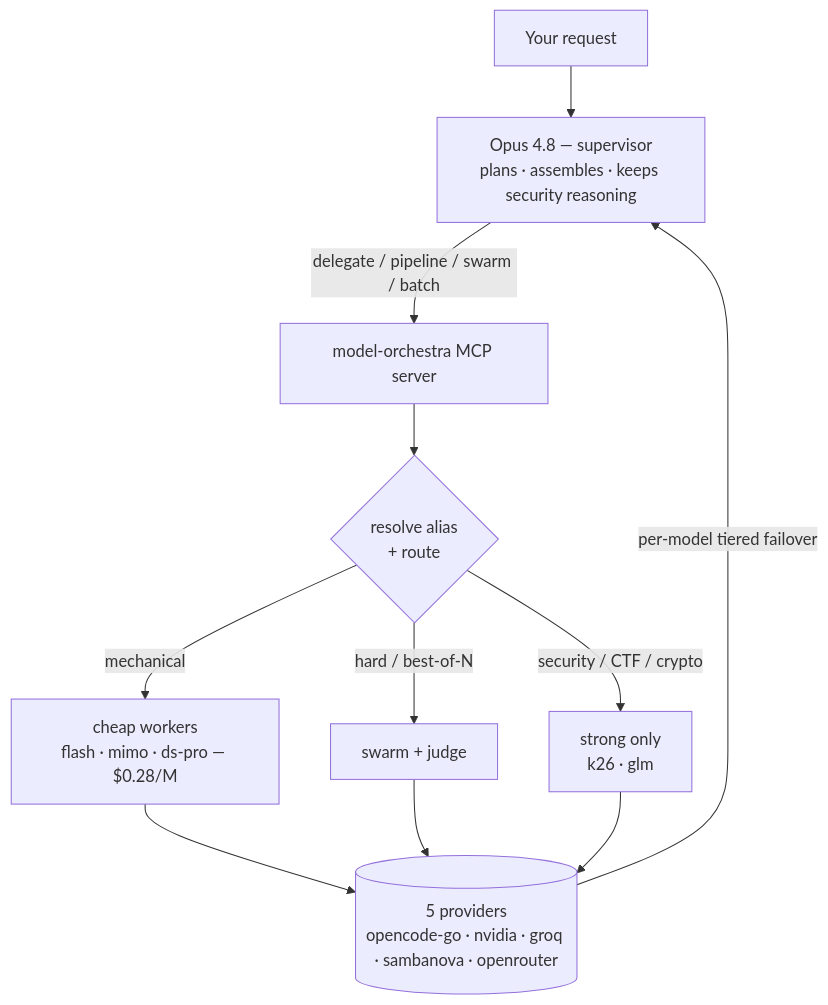
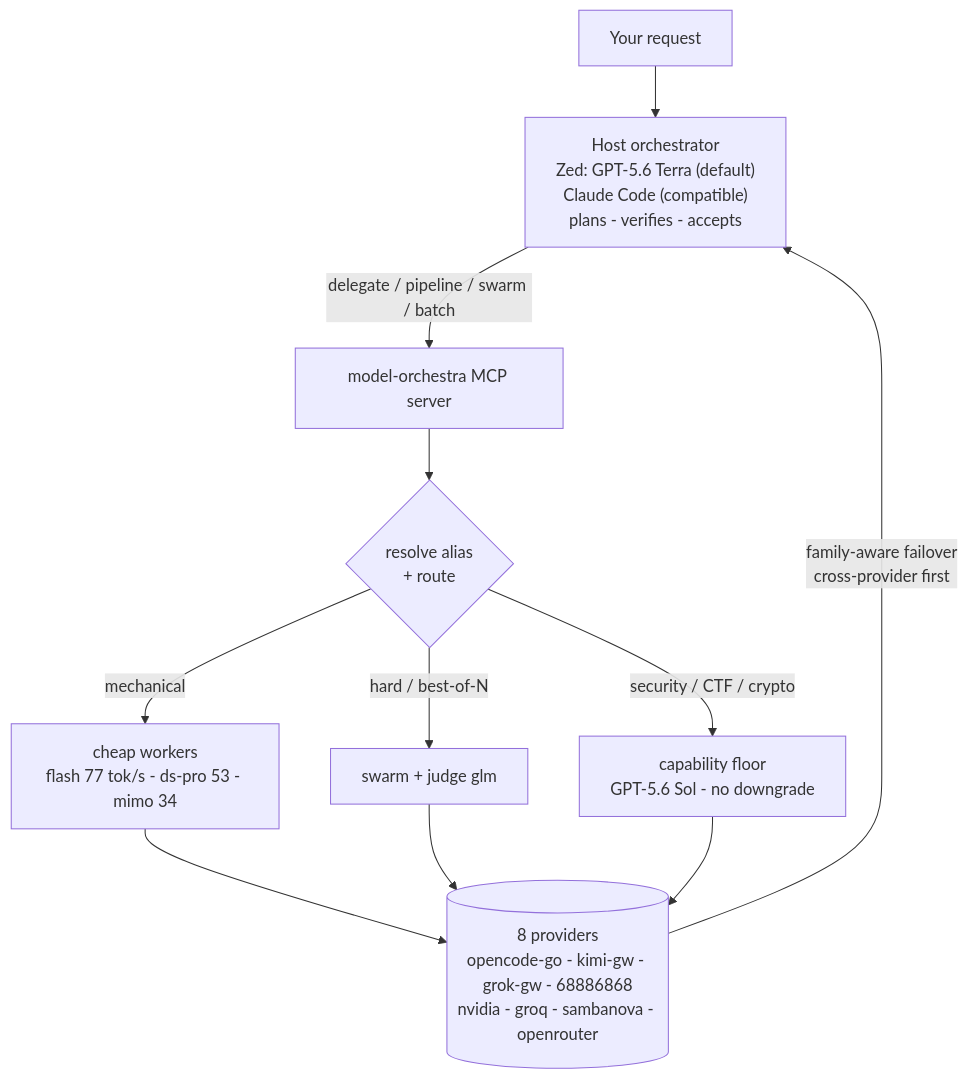
Before and after one commit to saktisadhana/model-orchestra: the first of 5 diagrams in README.md, drawn with Mermaid. The commit also changed other lines of this file and 26 other files, not shown here.

````diff
--- a/README.md
+++ b/README.md
@@ -10,13 +17,13 @@
 ```mermaid
 flowchart TD
-    U[Your request] --> O["Opus 4.8 — supervisor<br/>plans · assembles · keeps security reasoning"]
-    O -->|"delegate / pipeline / swarm / batch"| MCP[model-orchestra MCP server]
+    U[Your request] --> H["Host orchestrator<br/>Zed: GPT-5.6 Terra (default)<br/>Claude Code (compatible)<br/>plans - verifies - accepts"]
+    H -->|"delegate / pipeline / swarm / batch"| MCP[model-orchestra MCP server]
     MCP --> R{"resolve alias<br/>+ route"}
-    R -->|mechanical| CHEAP["cheap workers<br/>flash · mimo · ds-pro — $0.28/M"]
-    R -->|"hard / best-of-N"| SW["swarm + judge"]
-    R -->|"security / CTF / crypto"| STRONG["strong only<br/>k26 · glm"]
-    CHEAP --> P[("5 providers<br/>opencode-go · nvidia · groq · sambanova · openrouter")]
+    R -->|mechanical| CHEAP["cheap workers<br/>flash 77 tok/s - ds-pro 53 - mimo 34"]
+    R -->|"hard / best-of-N"| SW["swarm + judge glm"]
+    R -->|"security / CTF / crypto"| STRONG["capability floor<br/>GPT-5.6 Sol - no downgrade"]
+    CHEAP --> P[("8 providers<br/>opencode-go - kimi-gw - grok-gw - 68886868<br/>nvidia - groq - sambanova - openrouter")]
     SW --> P
     STRONG --> P
-    P -->|per-model tiered failover| O
+    P -->|"family-aware failover<br/>cross-provider first"| H
 ```
````
